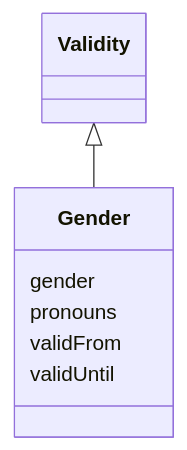
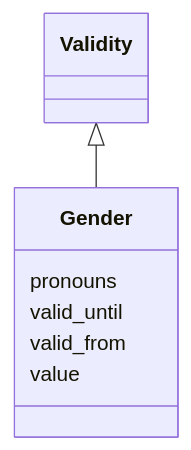
The diagram in ech-0294_actors/output/docs/Gender.md (swiss/political-affairs-ech-group), drawn with Mermaid before and after one commit. The commit also changed other lines of this file and 36 other files, not shown here.

````diff
--- a/ech-0294_actors/output/docs/Gender.md
+++ b/ech-0294_actors/output/docs/Gender.md
@@ -13,17 +13,17 @@
 ```mermaid
  classDiagram
     class Gender
     click Gender href "../Gender/"
       Validity <|-- Gender
         click Validity href "../Validity/"
       
-      Gender : gender
-        
       Gender : pronouns
         
-      Gender : validFrom
+      Gender : valid_until
         
-      Gender : validUntil
+      Gender : valid_from
+        
+      Gender : value
         
       
 ```
````
